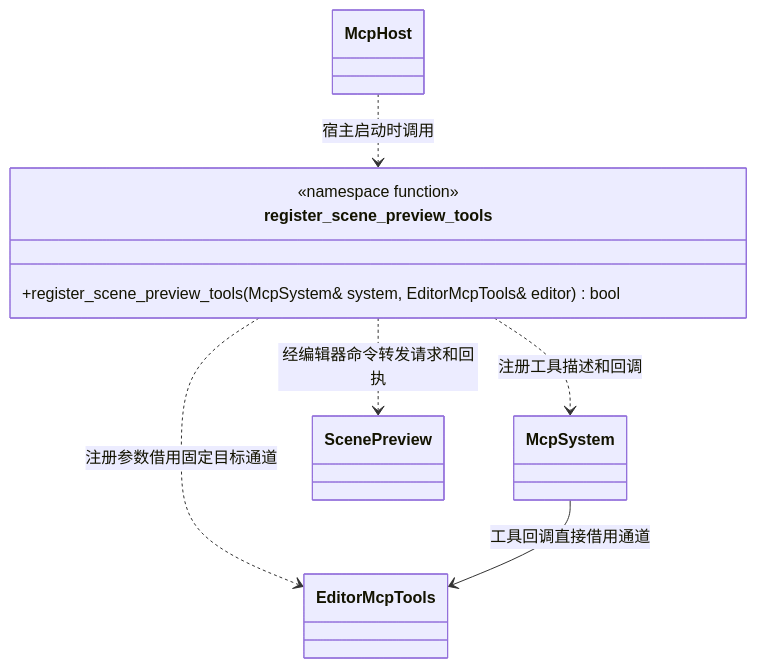
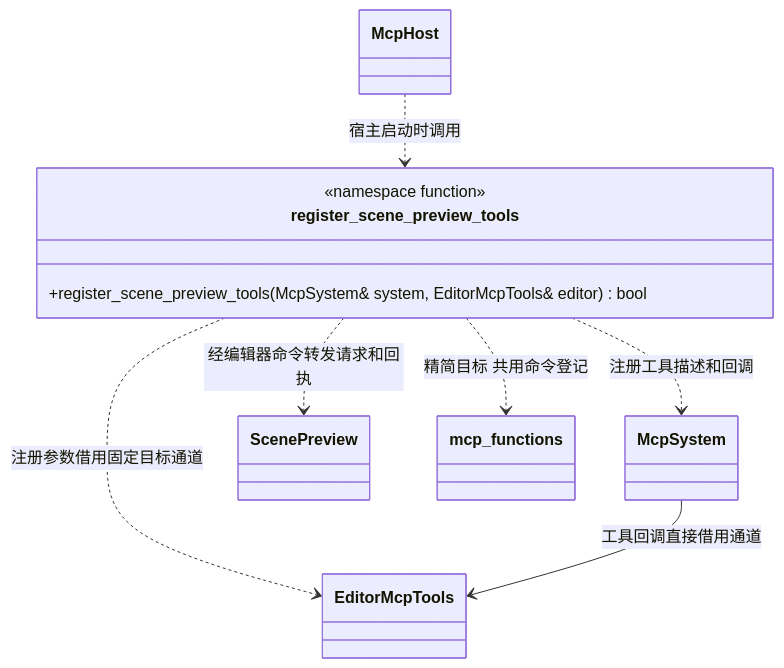
One commit to lcals/Engine changed the diagram in docs/plugins/editor/class-diagrams/scene-preview-mcp-tools.md. Above: the diagram before and after it, drawn with Mermaid. The commit also changed other lines of this file and 133 other files, not shown here.

Commit message:
Simplify engine implementations under reviewed class diagrams

````diff
--- a/docs/plugins/editor/class-diagrams/scene-preview-mcp-tools.md
+++ b/docs/plugins/editor/class-diagrams/scene-preview-mcp-tools.md
@@ -5,16 +5,18 @@
 ```mermaid
 classDiagram
     class register_scene_preview_tools {
         <<namespace function>>
         +register_scene_preview_tools(McpSystem& system, EditorMcpTools& editor) bool
     }
     class EditorMcpTools
     class McpSystem
     class ScenePreview
     class McpHost
     McpHost ..> register_scene_preview_tools : 宿主启动时调用
     register_scene_preview_tools ..> EditorMcpTools : 注册参数借用固定目标通道
     register_scene_preview_tools ..> McpSystem : 注册工具描述和回调
+    class mcp_functions
+    register_scene_preview_tools ..> mcp_functions : 精简目标 共用命令登记
     McpSystem --> EditorMcpTools : 工具回调直接借用通道
     register_scene_preview_tools ..> ScenePreview : 经编辑器命令转发请求和回执
 ```
````
